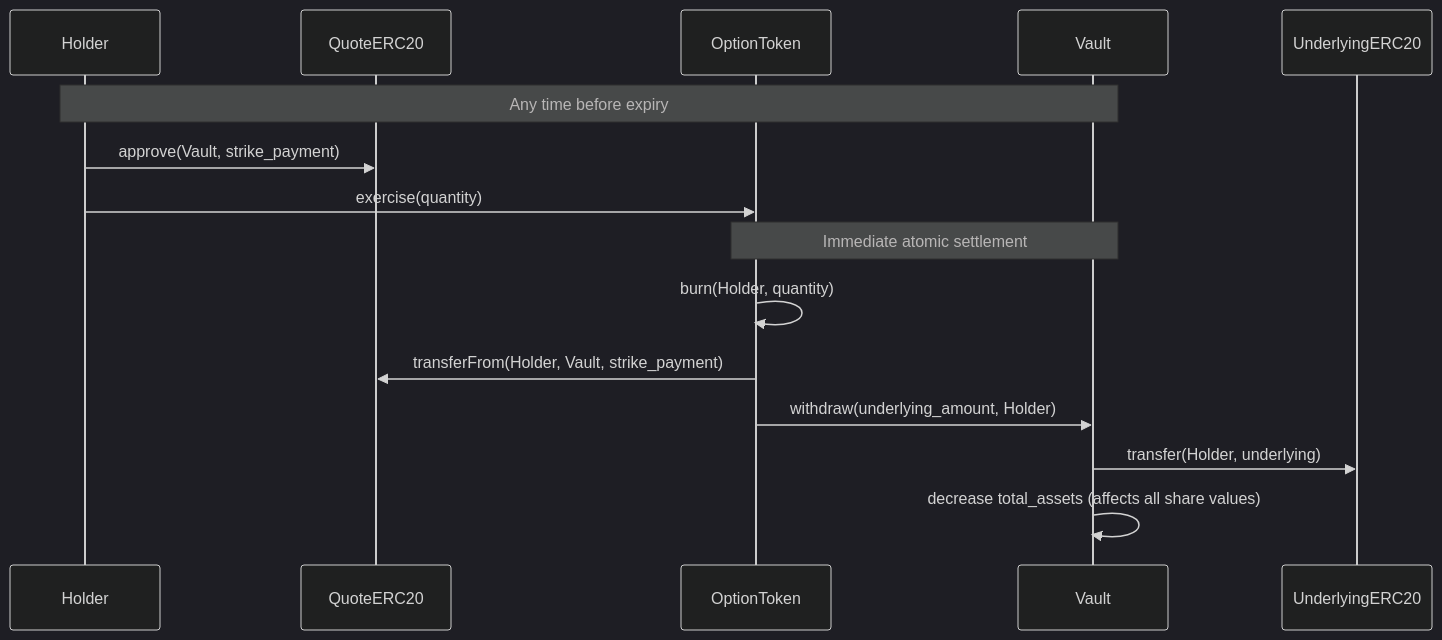
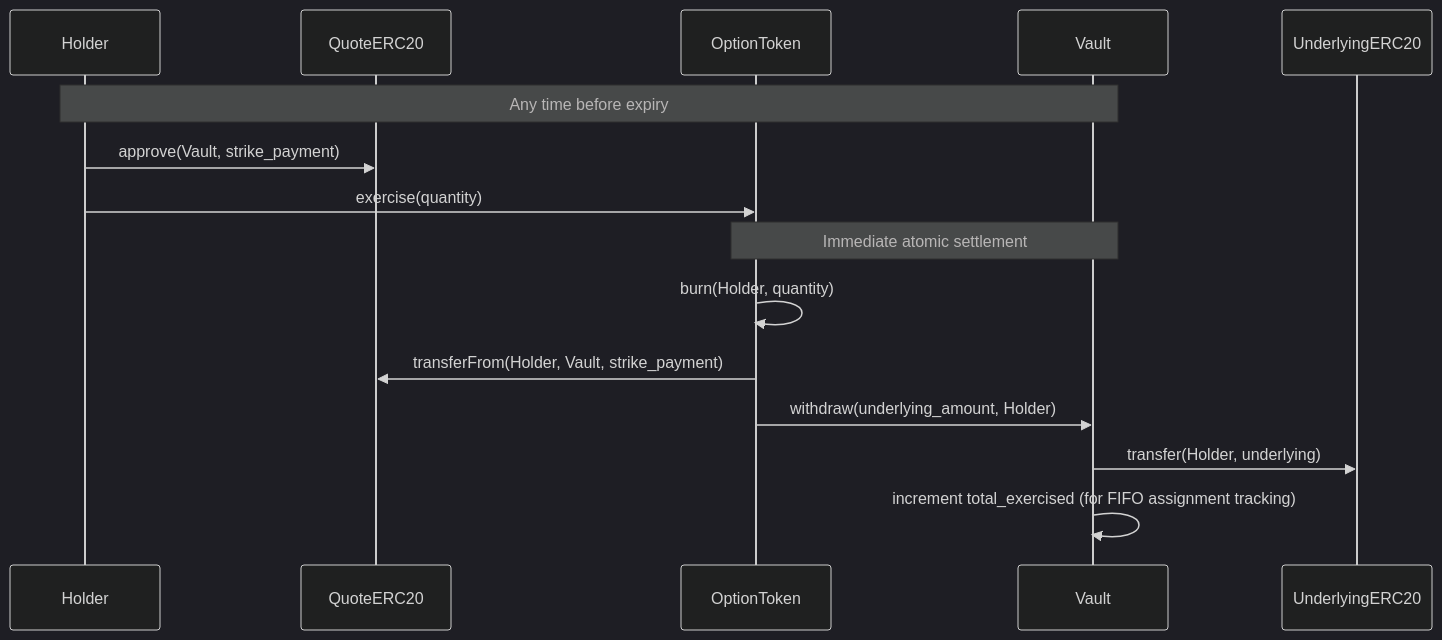
Before and after one commit to 0xgleb/optional: the fifth of 8 diagrams in SPEC.md, drawn with Mermaid (dark theme). The commit also changed other lines of this file, not shown here.

````diff
--- a/SPEC.md
+++ b/SPEC.md
@@ -411,19 +436,19 @@
 ```mermaid
 sequenceDiagram
     participant Holder
     participant QuoteERC20
     participant OptionToken
     participant Vault
     participant UnderlyingERC20
 
     Note over Holder,Vault: Any time before expiry
     Holder->>QuoteERC20: approve(Vault, strike_payment)
     Holder->>OptionToken: exercise(quantity)
 
     Note over OptionToken,Vault: Immediate atomic settlement
     OptionToken->>OptionToken: burn(Holder, quantity)
     OptionToken->>QuoteERC20: transferFrom(Holder, Vault, strike_payment)
     OptionToken->>Vault: withdraw(underlying_amount, Holder)
     Vault->>UnderlyingERC20: transfer(Holder, underlying)
-    Vault->>Vault: decrease total_assets (affects all share values)
+    Vault->>Vault: increment total_exercised (for FIFO assignment tracking)
 ```
````
